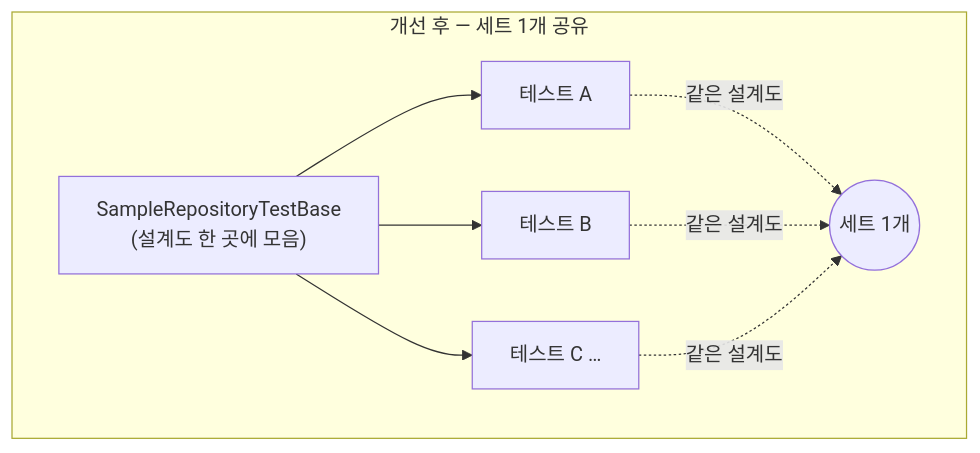
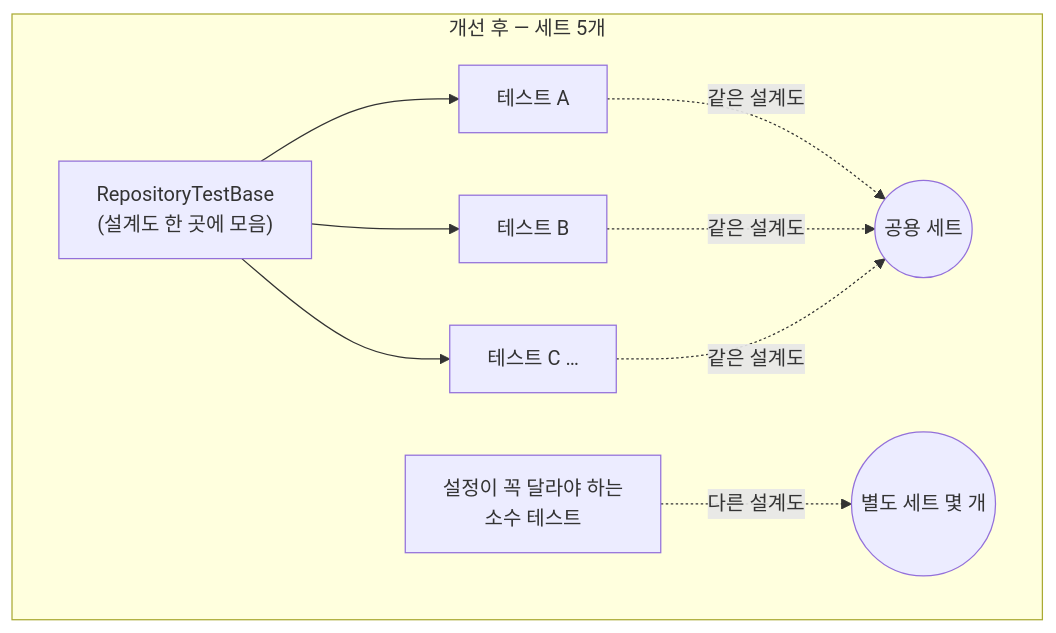
Before and after one commit to johnycho/johny-dev: the fifth of 6 diagrams in blog/2026-08-03-spring-datajpatest-context-oom.mdx, drawn with Mermaid. The commit also changed other lines of this file and 2 other files, not shown here.

````diff
--- a/blog/2026-08-03-spring-datajpatest-context-oom.mdx
+++ b/blog/2026-08-03-spring-datajpatest-context-oom.mdx
@@ -226,12 +226,13 @@
 ```mermaid
 flowchart TB
-    subgraph AFTER["개선 후 — 세트 1개 공유"]
-        BASE["SampleRepositoryTestBase<br/>(설계도 한 곳에 모음)"]
+    subgraph AFTER["개선 후 — 세트 5개"]
+        BASE["RepositoryTestBase<br/>(설계도 한 곳에 모음)"]
         BASE --> TA[테스트 A]
         BASE --> TB[테스트 B]
         BASE --> TC[테스트 C …]
-        TA -.같은 설계도.-> CTX((세트 1개))
+        TA -.같은 설계도.-> CTX((공용 세트))
         TB -.같은 설계도.-> CTX
         TC -.같은 설계도.-> CTX
+        SP["설정이 꼭 달라야 하는<br/>소수 테스트"] -.다른 설계도.-> CTX2((별도 세트 몇 개))
     end
 ```
````
